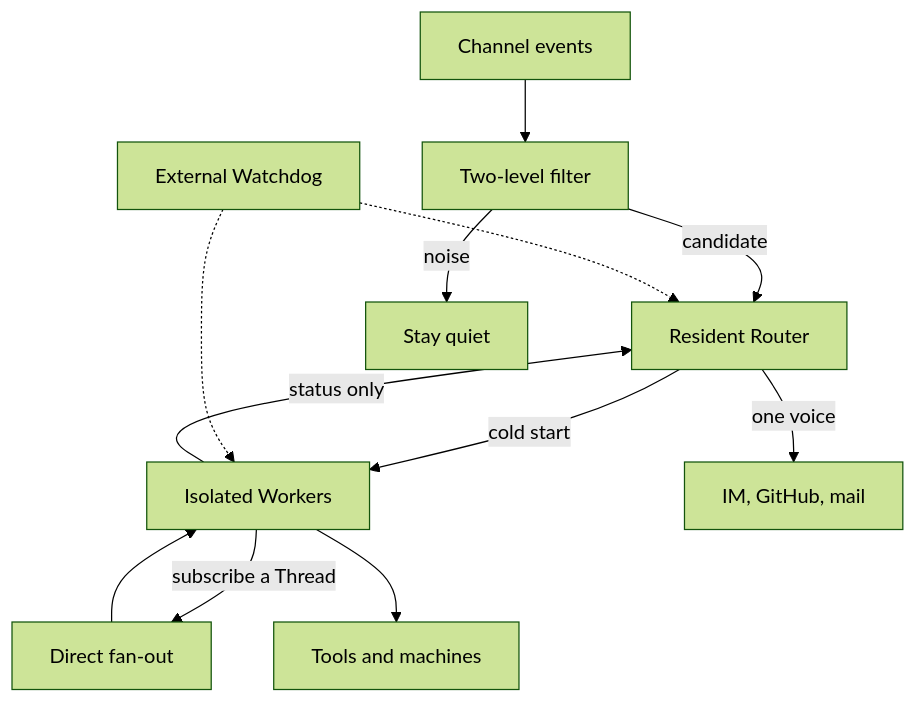
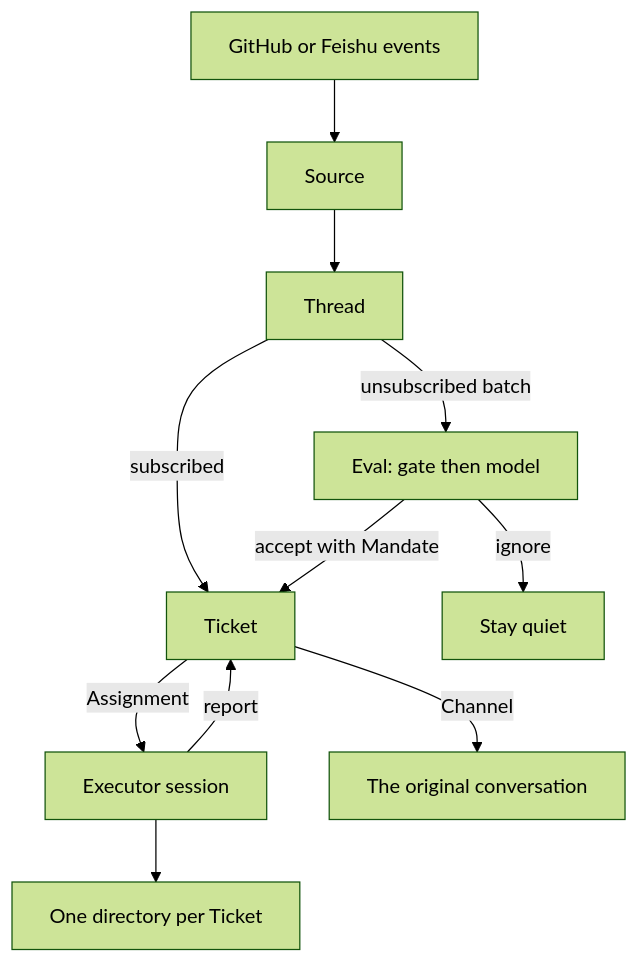
Before and after one commit to SURFZJY/SURFZJY.github.io: the diagram in _posts/2026-11-04-superagent-harness-notes.md, drawn with Mermaid (forest theme). The commit also changed other lines of this file and 3 other files, not shown here.

````diff
--- a/_posts/2026-11-04-superagent-harness-notes.md
+++ b/_posts/2026-11-04-superagent-harness-notes.md
@@ -29,14 +29,13 @@
 ```mermaid
 flowchart TB
-  events[Channel events] --> filter[Two-level filter]
-  filter -->|candidate| router[Resident Router]
-  filter -->|noise| quiet[Stay quiet]
-  router -->|cold start| worker[Isolated Workers]
-  worker -->|subscribe a Thread| fast[Direct fan-out]
-  fast --> worker
-  worker -->|status only| router
-  router -->|one voice| people[IM, GitHub, mail]
-  worker --> env[Tools and machines]
-  watch[External Watchdog] -.-> router
-  watch -.-> worker
+  events[GitHub or Feishu events] --> source[Source]
+  source --> thread[Thread]
+  thread -->|unsubscribed batch| eval[Eval: gate then model]
+  thread -->|subscribed| ticket[Ticket]
+  eval -->|accept with Mandate| ticket
+  eval -->|ignore| quiet[Stay quiet]
+  ticket -->|Assignment| worker[Executor session]
+  worker -->|report| ticket
+  ticket -->|Channel| people[The original conversation]
+  worker --> dir[One directory per Ticket]
 ```
````
